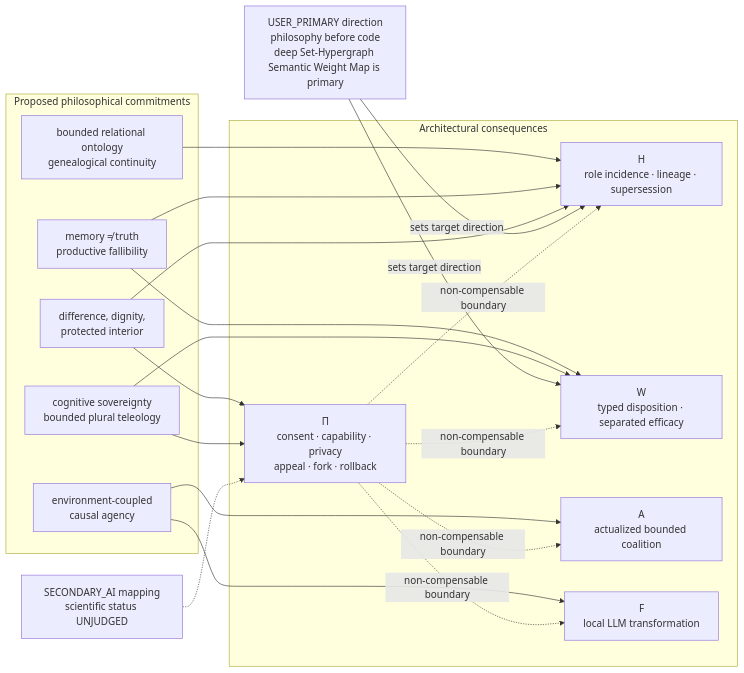
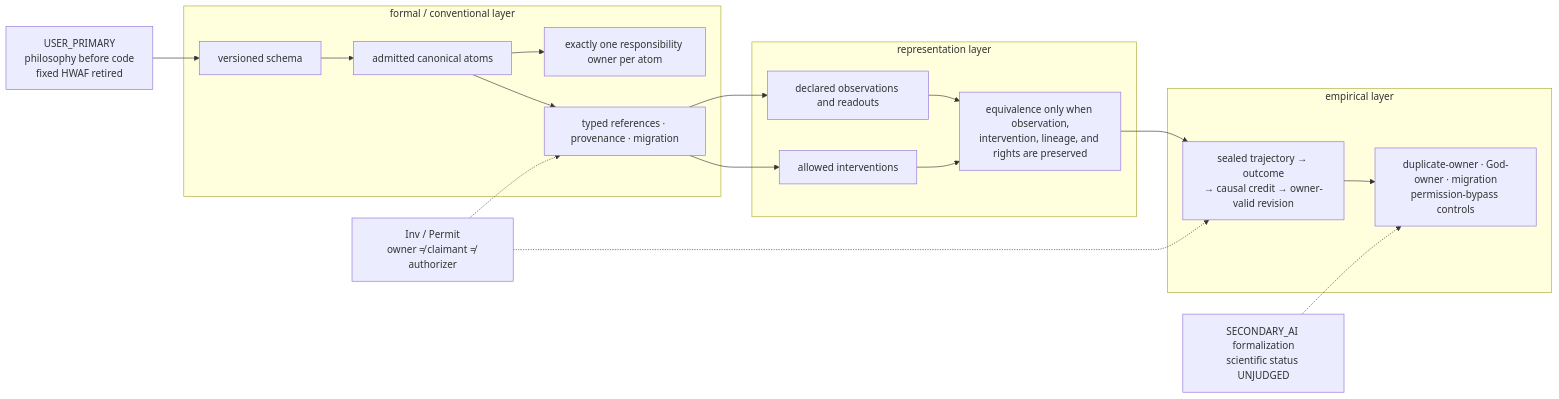
One commit to gj3447/HSWM changed the fifth of 8 diagrams in README.md. Above: the diagram before and after it, drawn with Mermaid. The commit also changed other lines of this file and 18 other files, not shown here.

Commit message:
docs: adopt schema-relative atom ownership

````diff
--- a/README.md
+++ b/README.md
@@ -293,40 +304,32 @@
 ```mermaid
 flowchart LR
-  DIR["USER_PRIMARY direction<br/>philosophy before code<br/>deep Set-Hypergraph Semantic Weight Map is primary"]
+  DIR["USER_PRIMARY<br/>philosophy before code<br/>fixed HWAF retired"]
 
-  subgraph COMMIT["Proposed philosophical commitments"]
-    OT["bounded relational ontology<br/>genealogical continuity"]
-    EF["memory ≠ truth<br/>productive fallibility"]
-    CA["environment-coupled<br/>causal agency"]
-    DI["difference, dignity,<br/>protected interior"]
-    CT["cognitive sovereignty<br/>bounded plural teleology"]
+  subgraph FORMAL["formal / conventional layer"]
+    SC["versioned schema"] --> CA["admitted canonical atoms"]
+    CA --> OWN["exactly one responsibility owner per atom"]
+    CA --> REF["typed references · provenance · migration"]
   end
 
-  subgraph ARCH["Architectural consequences"]
-    HH["H<br/>role incidence · lineage · supersession"]
-    WW["W<br/>typed disposition · separated efficacy"]
-    AA["A<br/>actualized bounded coalition"]
-    FF["F<br/>local LLM transformation"]
-    PP["Π<br/>consent · capability · privacy<br/>appeal · fork · rollback"]
+  subgraph REPRESENT["representation layer"]
+    OBS["declared observations and readouts"]
+    INT["allowed interventions"]
+    EQ["equivalence only when observation,<br/>intervention, lineage, and rights are preserved"]
+    OBS --> EQ
+    INT --> EQ
   end
 
-  OT --> HH
-  EF --> HH
-  EF --> WW
-  CA --> AA
-  CA --> FF
-  DI --> HH
-  DI --> PP
-  CT --> WW
-  CT --> PP
+  subgraph EMPIRICAL["empirical layer"]
+    LOOP["sealed trajectory → outcome<br/>→ causal credit → owner-valid revision"]
+    TEST["duplicate-owner · God-owner · migration<br/>permission-bypass controls"]
+    LOOP --> TEST
+  end
 
-  DIR -->|"sets target direction"| HH
-  DIR -->|"sets target direction"| WW
-
-  PP -.->|"non-compensable boundary"| HH
-  PP -.->|"non-compensable boundary"| WW
-  PP -.->|"non-compensable boundary"| AA
-  PP -.->|"non-compensable boundary"| FF
-
-  AUTHMAP["SECONDARY_AI mapping<br/>scientific status UNJUDGED"] -.-> PP
+  DIR --> SC
+  REF --> OBS
+  REF --> INT
+  EQ --> LOOP
+  GUARD["Inv / Permit<br/>owner ≠ claimant ≠ authorizer"] -.-> REF
+  GUARD -.-> LOOP
+  STATUS["SECONDARY_AI formalization<br/>scientific status UNJUDGED"] -.-> TEST
 ```
````
